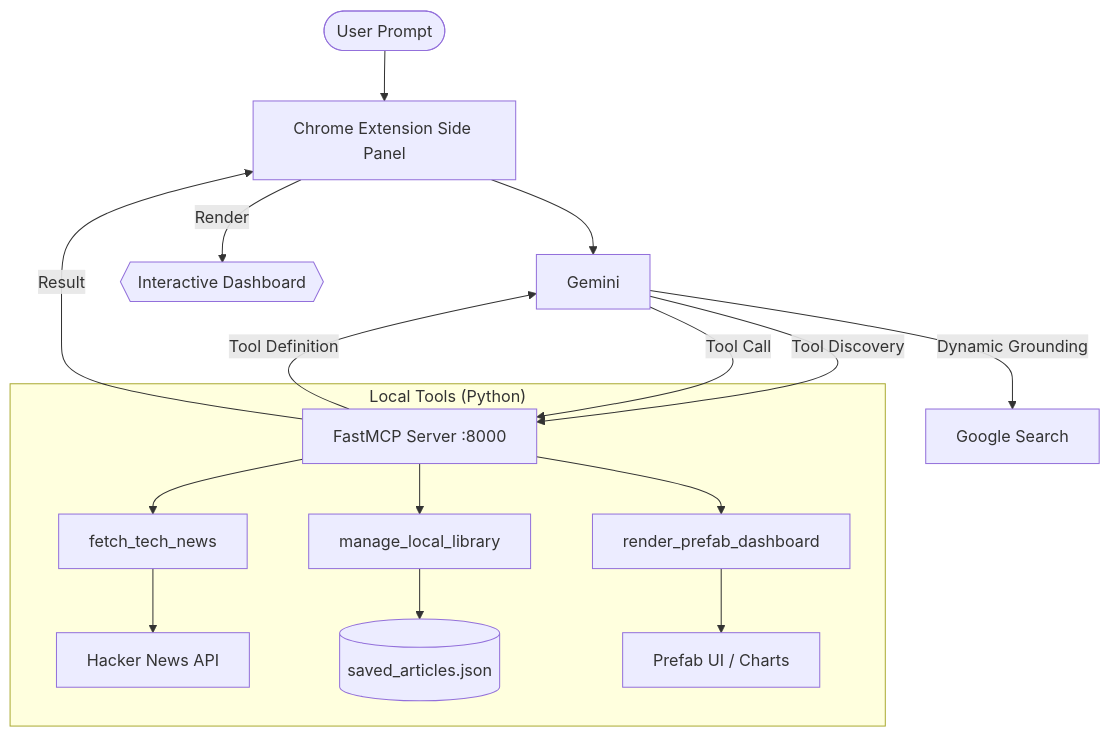
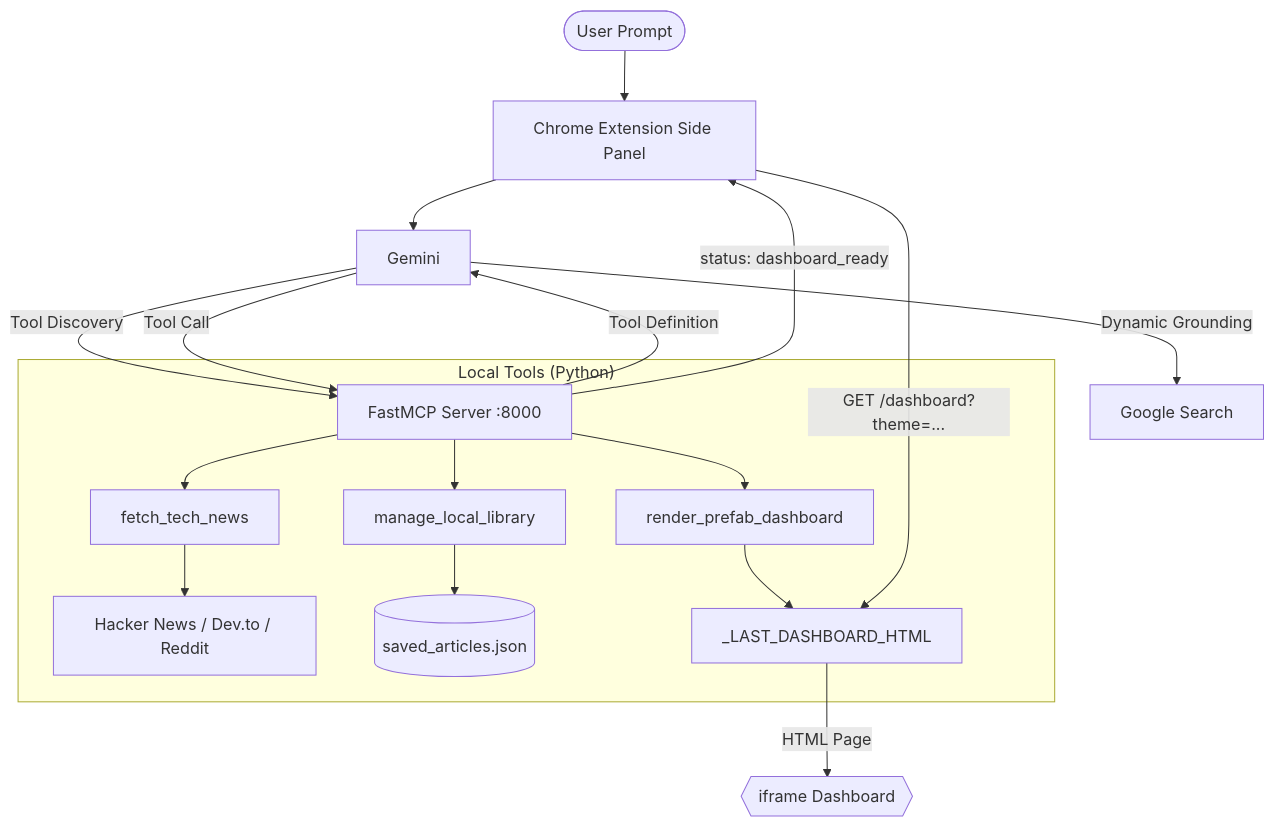
The diagram in README.md (swapniel99/intel-agent), drawn with Mermaid before and after one commit.

Commit message:
docs: update architecture diagram to reflect multi-source news fetching, cache usage, and dashboard rendering flow

````diff
--- a/README.md
+++ b/README.md
@@ -21,21 +21,22 @@
 ```mermaid
 graph TD
     User([User Prompt]) --> Extension[Chrome Extension Side Panel]
     Extension --> Gemini
     Gemini -- Tool Discovery --> FastMCP[FastMCP Server :8000]
     FastMCP -- Tool Definition --> Gemini
 
     subgraph "Local Tools (Python)"
         FastMCP --> T1[fetch_tech_news]
         FastMCP --> T2[manage_local_library]
         FastMCP --> T3[render_prefab_dashboard]
-        T1 --> HN[Hacker News API]
+        T1 --> HN[Hacker News / Dev.to / Reddit]
         T2 --> JSON[(saved_articles.json)]
-        T3 --> Prefab[Prefab UI / Charts]
+        T3 --> Cache[_LAST_DASHBOARD_HTML]
     end
 
     Gemini -- Dynamic Grounding --> Google[Google Search]
     Gemini -- Tool Call --> FastMCP
-    FastMCP -- Result --> Extension
-    Extension -- Render --> Dashboard{{Interactive Dashboard}}
+    FastMCP -- status: dashboard_ready --> Extension
+    Extension -- GET /dashboard?theme=... --> Cache
+    Cache -- HTML Page --> Dashboard{{iframe Dashboard}}
 ```
````
